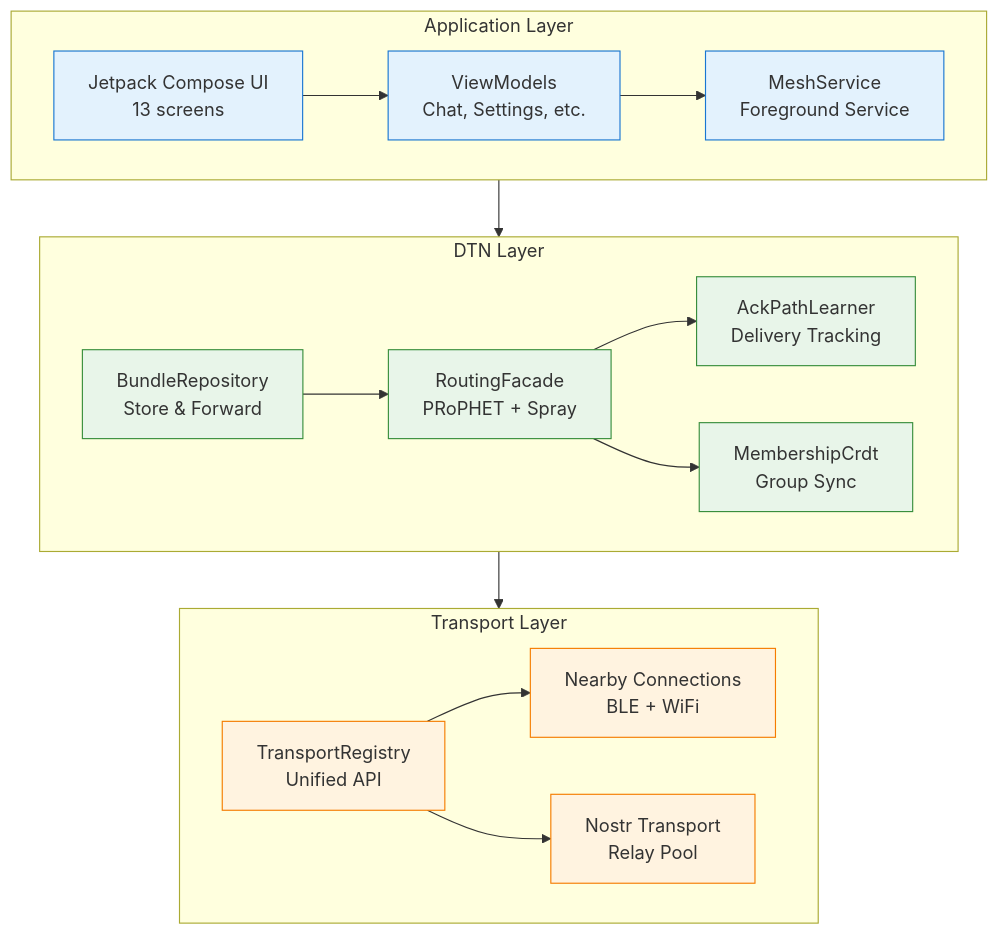
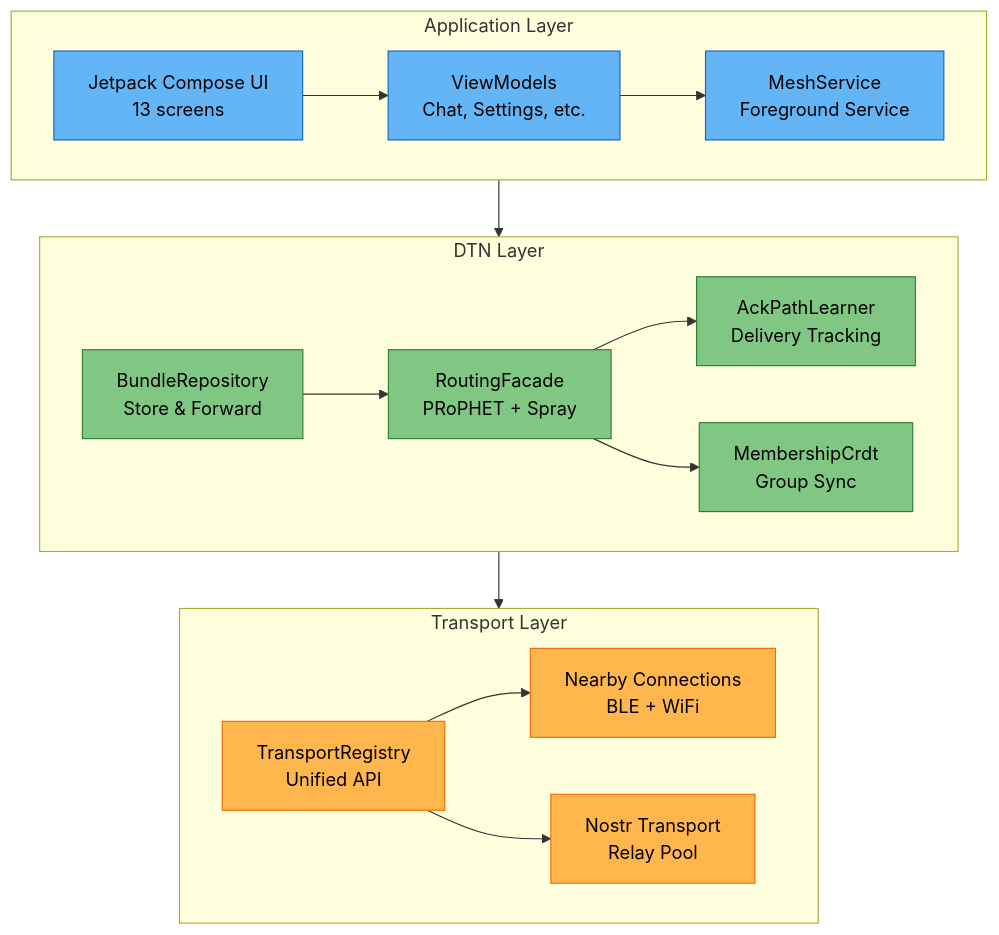
Before and after one commit to ethene/mycel-docs: the first of 2 diagrams in docs/deep-dive/architecture/overview.md, drawn with Mermaid. The commit also changed 1 other file, not shown here.

Commit message:
fix: improve diagram colors for dark theme compatibility
- Use more saturated colors (Material 300 shades) for better contrast
- Add explicit color:#000 for text readability on both themes
- Remove stale source reference from index.md

Colors:
- App Layer: #64B5F6 (Blue 300)
- DTN Layer: #81C784 (Green 300)
- Transport Layer: #FFB74D (Orange 300)

🤖 Generated with [Claude Code](https://claude.com/claude-code)

````diff
--- a/docs/deep-dive/architecture/overview.md
+++ b/docs/deep-dive/architecture/overview.md
@@ -7,43 +7,43 @@
 ```mermaid
 flowchart TB
     subgraph APP ["Application Layer"]
         direction LR
         UI["Jetpack Compose UI<br/>13 screens"]
         VM["ViewModels<br/>Chat, Settings, etc."]
         SVC["MeshService<br/>Foreground Service"]
     end
 
     subgraph DTN ["DTN Layer"]
         direction LR
         REPO["BundleRepository<br/>Store & Forward"]
         ROUTE["RoutingFacade<br/>PRoPHET + Spray"]
         ACK["AckPathLearner<br/>Delivery Tracking"]
         CRDT["MembershipCrdt<br/>Group Sync"]
     end
 
     subgraph TRANSPORT ["Transport Layer"]
         direction LR
         REG["TransportRegistry<br/>Unified API"]
         NEARBY["Nearby Connections<br/>BLE + WiFi"]
         NOSTR["Nostr Transport<br/>Relay Pool"]
     end
 
     UI --> VM
     VM --> SVC
     SVC --> REPO
     REPO --> ROUTE
     ROUTE --> ACK
     ROUTE --> CRDT
 
     REPO --> REG
     REG --> NEARBY
     REG --> NOSTR
 
-    classDef appLayer fill:#E3F2FD,stroke:#1976D2
-    classDef dtnLayer fill:#E8F5E9,stroke:#388E3C
-    classDef transportLayer fill:#FFF3E0,stroke:#F57C00
+    classDef appLayer fill:#64B5F6,stroke:#1565C0,color:#000
+    classDef dtnLayer fill:#81C784,stroke:#2E7D32,color:#000
+    classDef transportLayer fill:#FFB74D,stroke:#EF6C00,color:#000
 
     class UI,VM,SVC appLayer
     class REPO,ROUTE,ACK,CRDT dtnLayer
     class REG,NEARBY,NOSTR transportLayer
 ```
````
